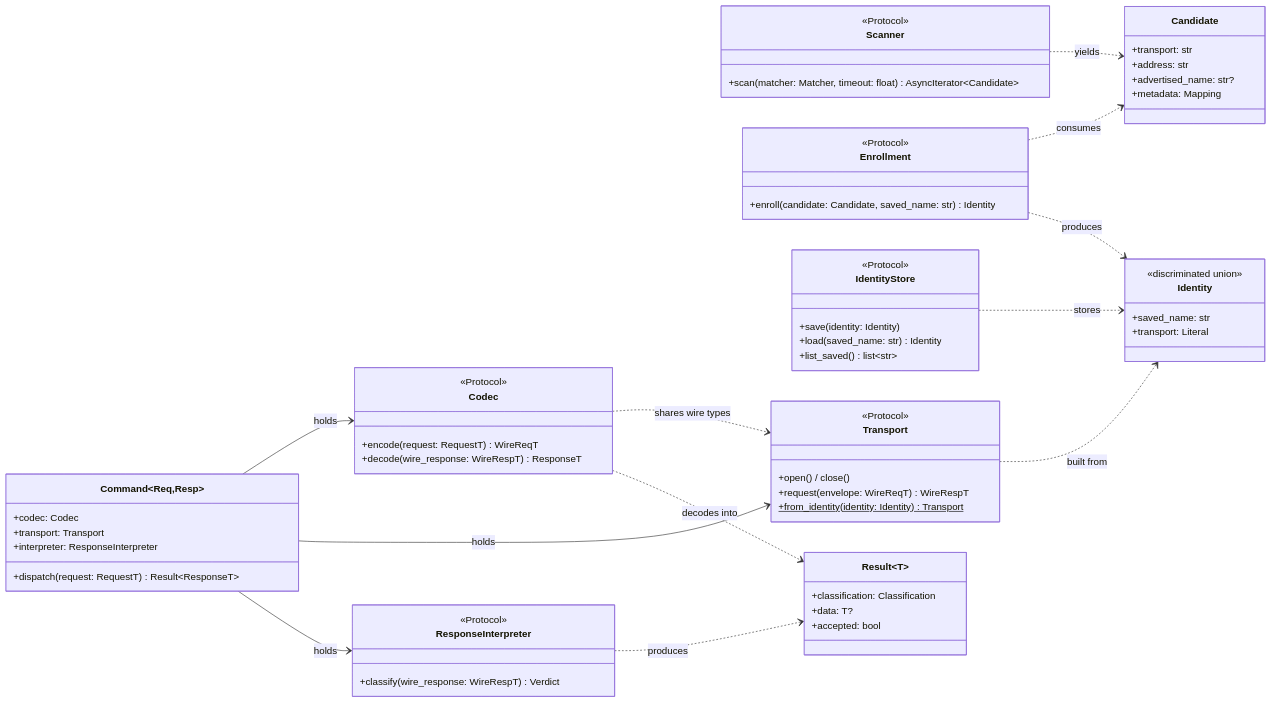
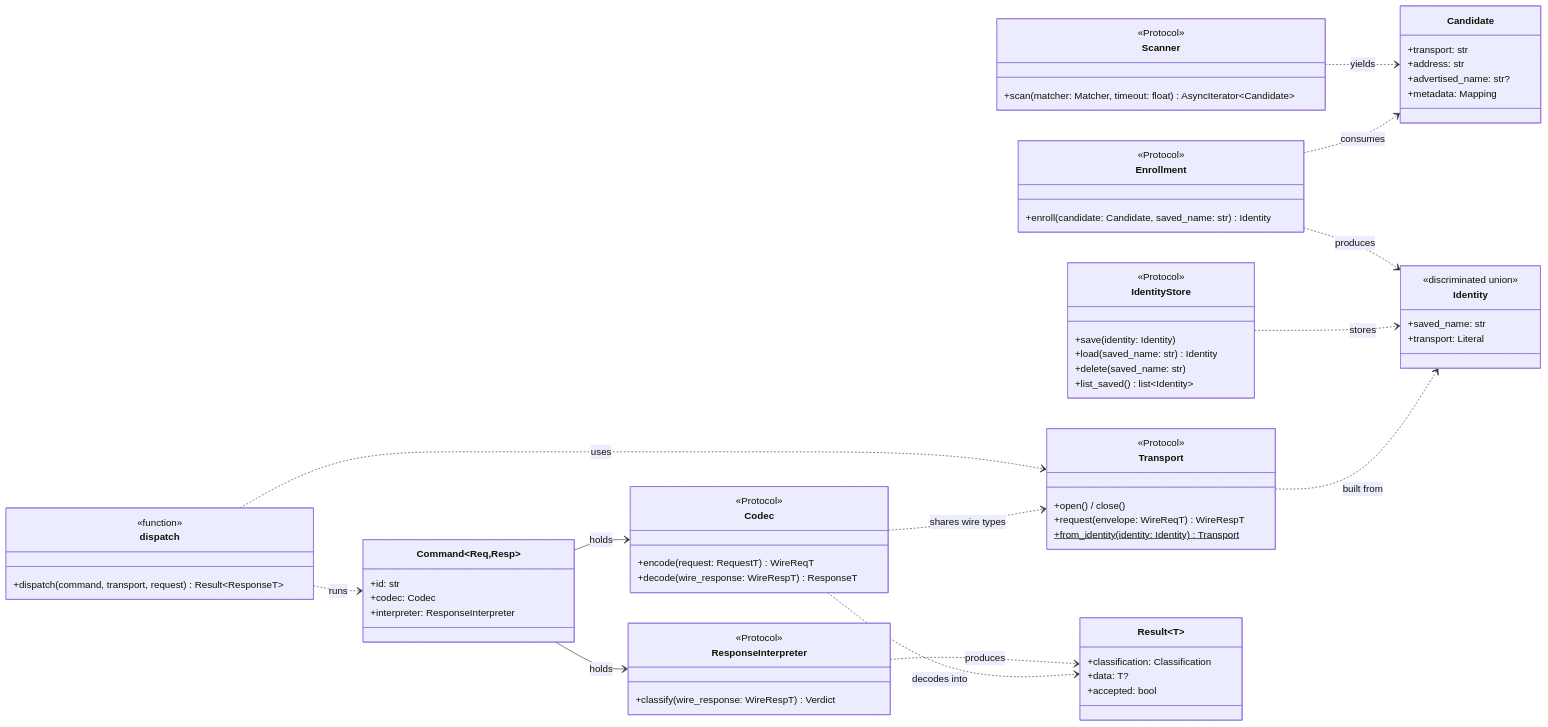
Before and after one commit to jugglingbear/kandra: the second of 3 diagrams in docs/concepts/architecture.md, drawn with Mermaid. The commit also changed other lines of this file and 6 other files, not shown here.

````diff
--- a/docs/concepts/architecture.md
+++ b/docs/concepts/architecture.md
@@ -99,68 +99,73 @@
 ```{mermaid}
 classDiagram
     direction LR
 
     class Scanner {
         <<Protocol>>
         +scan(matcher: Matcher, timeout: float) AsyncIterator~Candidate~
     }
     class Candidate {
         +transport: str
         +address: str
         +advertised_name: str?
         +metadata: Mapping
     }
     class Enrollment {
         <<Protocol>>
         +enroll(candidate: Candidate, saved_name: str) Identity
     }
     class Identity {
         <<discriminated union>>
         +saved_name: str
         +transport: Literal
     }
     class IdentityStore {
         <<Protocol>>
         +save(identity: Identity)
         +load(saved_name: str) Identity
-        +list_saved() list~str~
+        +delete(saved_name: str)
+        +list_saved() list~Identity~
     }
     class Transport {
         <<Protocol>>
         +open() / close()
         +request(envelope: WireReqT) WireRespT
         +from_identity(identity: Identity)$ Transport
     }
     class Codec {
         <<Protocol>>
         +encode(request: RequestT) WireReqT
         +decode(wire_response: WireRespT) ResponseT
     }
     class ResponseInterpreter {
         <<Protocol>>
         +classify(wire_response: WireRespT) Verdict
     }
     class Result~T~ {
         +classification: Classification
         +data: T?
         +accepted: bool
     }
     class Command~Req,Resp~ {
+        +id: str
         +codec: Codec
-        +transport: Transport
         +interpreter: ResponseInterpreter
-        +dispatch(request: RequestT) Result~ResponseT~
+    }
+    class dispatch {
+        <<function>>
+        +dispatch(command, transport, request) Result~ResponseT~
     }
 
     Scanner ..> Candidate : yields
     Enrollment ..> Candidate : consumes
     Enrollment ..> Identity : produces
     IdentityStore ..> Identity : stores
     Transport ..> Identity : built from
     Command --> Codec : holds
-    Command --> Transport : holds
     Command --> ResponseInterpreter : holds
+    dispatch ..> Command : runs
+    dispatch ..> Transport : uses
     Codec ..> Transport : shares wire types
     ResponseInterpreter ..> Result : produces
     Codec ..> Result : decodes into
 ```
````
